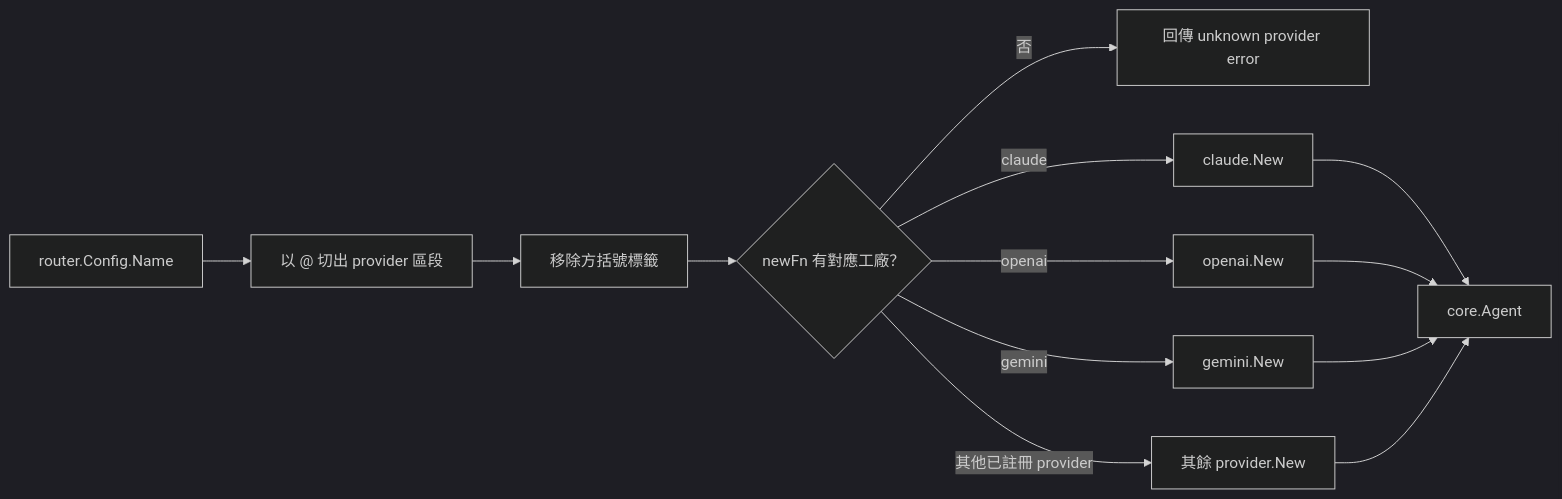
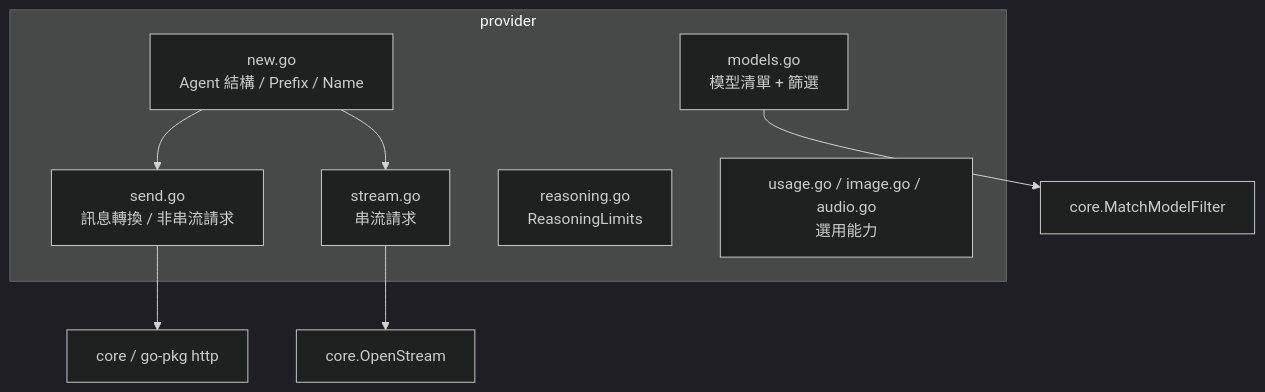
The fourth of 11 diagrams in doc/architecture.zh.md (pardnchiu/go-llm-router), drawn with Mermaid (dark theme) before and after one commit. The commit also changed other lines of this file and 5 other files, not shown here.

Commit message:
doc: Rewrite documentation for the current router architecture

````diff
--- a/doc/architecture.zh.md
+++ b/doc/architecture.zh.md
@@ -111,20 +95,16 @@
 ```mermaid
-flowchart LR
-    Input[router.Config.Name]
-    SplitAt[以 @ 切出 provider 區段]
-    StripTag[移除方括號標籤]
-    Factory{newFn 有對應工廠？}
-    Error[回傳 unknown provider error]
-    Claude[claude.New]
-    OpenAI[openai.New]
-    Gemini[gemini.New]
-    Others[其餘 provider.New]
-    Agent[core.Agent]
-
-    Input --> SplitAt --> StripTag --> Factory
-    Factory -->|否| Error
-    Factory -->|claude| Claude --> Agent
-    Factory -->|openai| OpenAI --> Agent
-    Factory -->|gemini| Gemini --> Agent
-    Factory -->|其他已註冊 provider| Others --> Agent
+graph TB
+    subgraph provider
+        New[new.go<br/>Agent 結構 / Prefix / Name]
+        Send[send.go<br/>訊息轉換 / 非串流請求]
+        StreamFile[stream.go<br/>串流請求]
+        Models[models.go<br/>模型清單 + 篩選]
+        ReasoningFile[reasoning.go<br/>ReasoningLimits]
+        Extra[usage.go / image.go / audio.go<br/>選用能力]
+    end
+    New --> Send
+    New --> StreamFile
+    Send --> CoreHTTP[core / go-pkg http]
+    StreamFile --> CoreStream[core.OpenStream]
+    Models --> Filter[core.MatchModelFilter]
 ```
````
